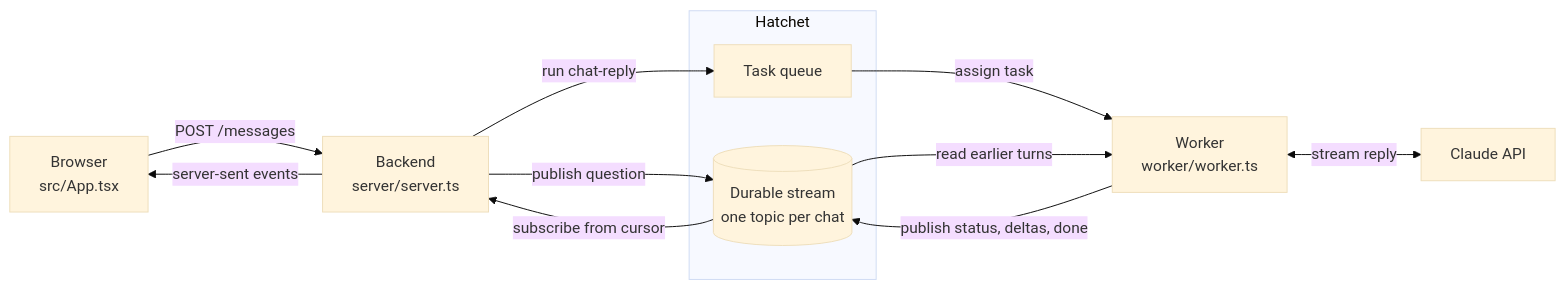
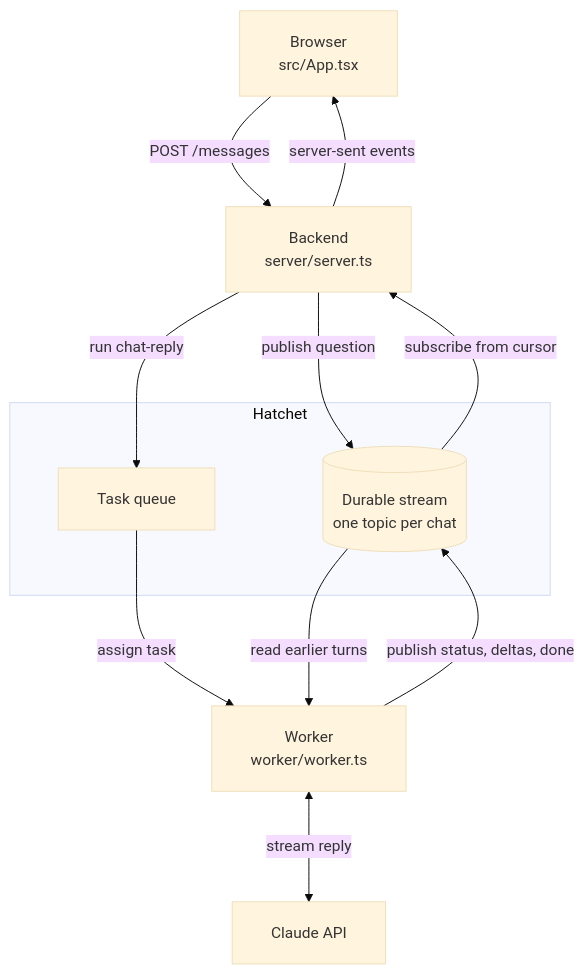
Before and after one commit to hatchet-dev/durable-streams-demo: the diagram in README.md, drawn with Mermaid (base theme).

Commit message:
space out mermaid diagram

````diff
--- a/README.md
+++ b/README.md
@@ -8,22 +8,23 @@
 ```mermaid
-flowchart LR
+%%{init: {"flowchart": {"nodeSpacing": 80, "rankSpacing": 90, "padding": 20}}}%%
+flowchart TB
     Browser["Browser<br/>src/App.tsx"]
     Backend["Backend<br/>server/server.ts"]
     Worker["Worker<br/>worker/worker.ts"]
     Claude["Claude API"]
 
     subgraph Hatchet
         Topic[("Durable stream<br/>one topic per chat")]
         Queue["Task queue"]
     end
 
     Browser -- "POST /messages" --> Backend
     Backend -- "publish question" --> Topic
     Backend -- "run chat-reply" --> Queue
     Queue -- "assign task" --> Worker
     Topic -- "read earlier turns" --> Worker
     Worker <-->|stream reply| Claude
     Worker -- "publish status, deltas, done" --> Topic
     Topic -- "subscribe from cursor" --> Backend
     Backend -- "server-sent events" --> Browser
 ```
````
